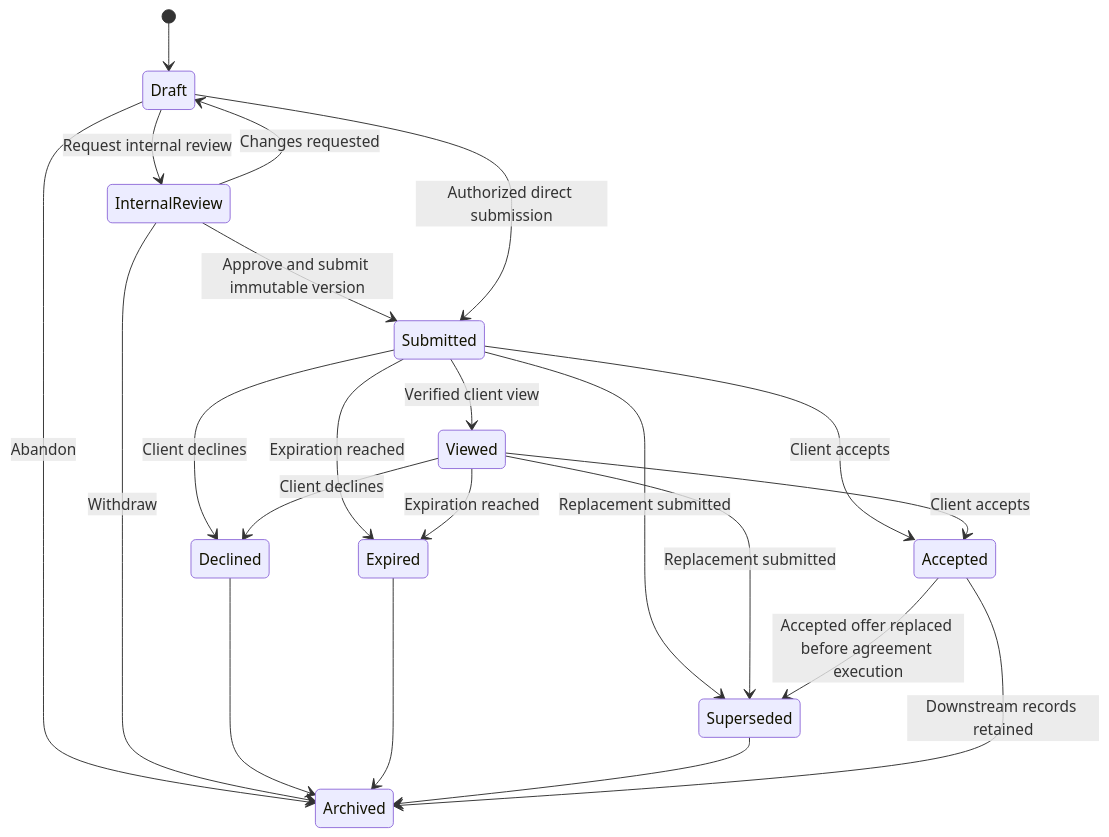
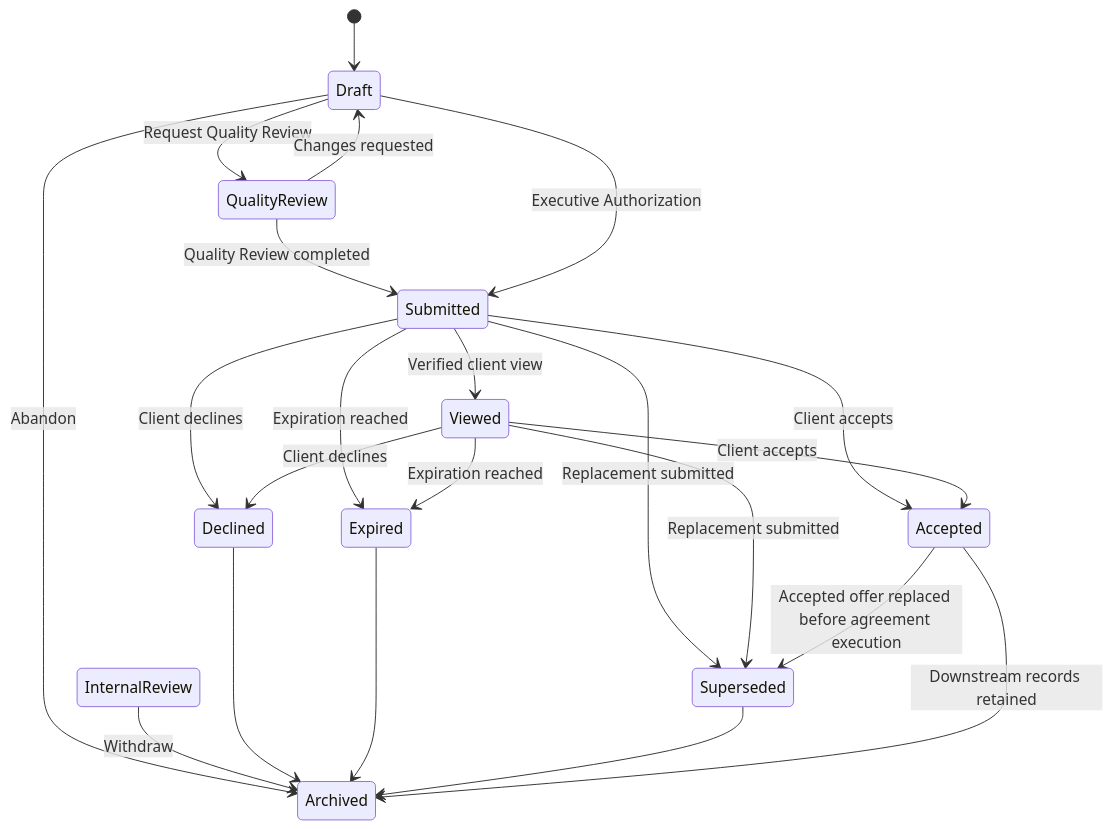
One commit to coty-gibson/Cotarion-Projects changed the second of 6 diagrams in docs/adr/ADR-017-proposal-management-business-architecture.md. Above: the diagram before and after it, drawn with Mermaid. The commit also changed other lines of this file and 27 other files, not shown here.

Commit message:
docs: finalize Proposal Management architecture for Sprint 3 readiness

````diff
--- a/docs/adr/ADR-017-proposal-management-business-architecture.md
+++ b/docs/adr/ADR-017-proposal-management-business-architecture.md
@@ -301,24 +305,24 @@
 ```mermaid
 stateDiagram-v2
     [*] --> Draft
-    Draft --> InternalReview: Request internal review
-    InternalReview --> Draft: Changes requested
-    InternalReview --> Submitted: Approve and submit immutable version
-    Draft --> Submitted: Authorized direct submission
+    Draft --> QualityReview: Request Quality Review
+    QualityReview --> Draft: Changes requested
+    QualityReview --> Submitted: Quality Review completed
+    Draft --> Submitted: Executive Authorization
     Submitted --> Viewed: Verified client view
     Submitted --> Accepted: Client accepts
     Viewed --> Accepted: Client accepts
     Submitted --> Declined: Client declines
     Viewed --> Declined: Client declines
     Submitted --> Expired: Expiration reached
     Viewed --> Expired: Expiration reached
     Submitted --> Superseded: Replacement submitted
     Viewed --> Superseded: Replacement submitted
     Accepted --> Superseded: Accepted offer replaced before agreement execution
     Draft --> Archived: Abandon
     InternalReview --> Archived: Withdraw
     Declined --> Archived
     Expired --> Archived
     Superseded --> Archived
     Accepted --> Archived: Downstream records retained
 ```
````
